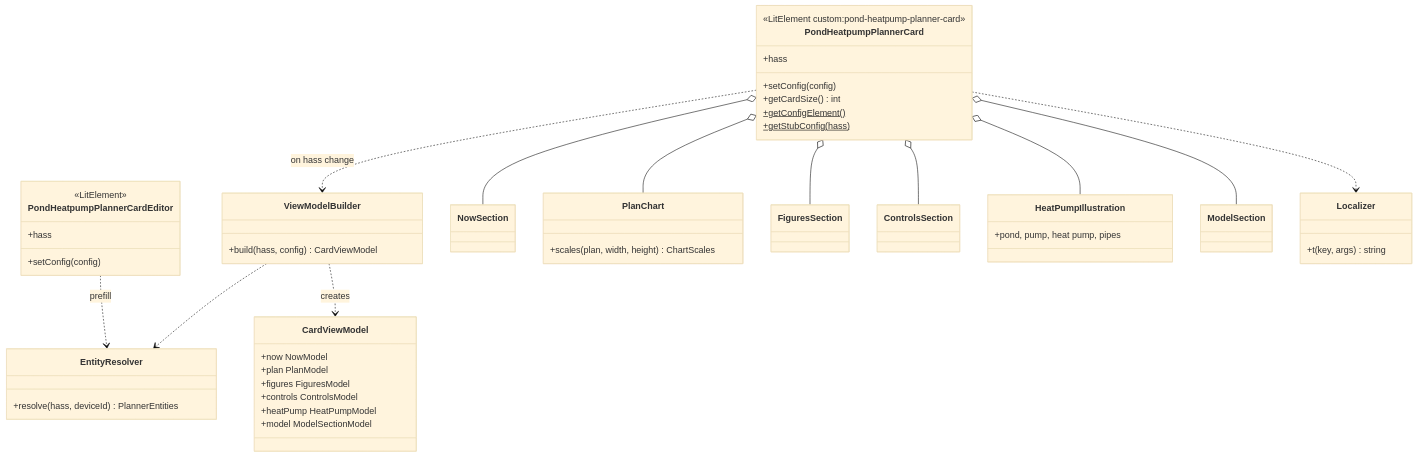
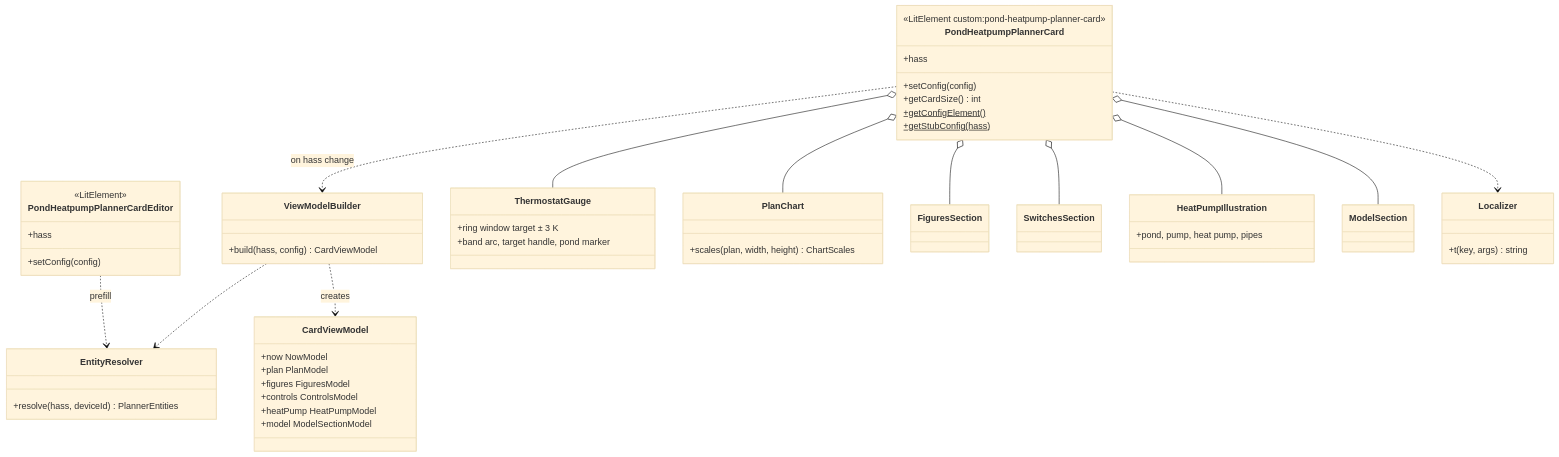
One commit to abroeders/pond-heatpump-price-planner changed the first of 2 diagrams in docs/design/2026-11-17-lovelace-card.md. Above: the diagram before and after it, drawn with Mermaid (base theme). The commit also changed other lines of this file and 1 other file, not shown here.

Commit message:
docs: card order with the illustration on top and a thermostat gauge with the band (#10)

````diff
--- a/docs/design/2026-11-17-lovelace-card.md
+++ b/docs/design/2026-11-17-lovelace-card.md
@@ -198,55 +228,58 @@
 ```mermaid
 classDiagram
     direction TB
     class PondHeatpumpPlannerCard {
         <<LitElement custom:pond-heatpump-planner-card>>
         +setConfig(config)
         +hass
         +getCardSize() int
         +getConfigElement()$
         +getStubConfig(hass)$
     }
     class PondHeatpumpPlannerCardEditor {
         <<LitElement>>
         +setConfig(config)
         +hass
     }
     class ViewModelBuilder {
         +build(hass, config) CardViewModel
     }
     class EntityResolver {
         +resolve(hass, deviceId) PlannerEntities
     }
     class CardViewModel {
         +now NowModel
         +plan PlanModel
         +figures FiguresModel
         +controls ControlsModel
         +heatPump HeatPumpModel
         +model ModelSectionModel
     }
-    class NowSection
+    class ThermostatGauge {
+        +ring window target ± 3 K
+        +band arc, target handle, pond marker
+    }
     class PlanChart {
         +scales(plan, width, height) ChartScales
     }
     class FiguresSection
-    class ControlsSection
+    class SwitchesSection
     class HeatPumpIllustration {
         +pond, pump, heat pump, pipes
     }
     class ModelSection
     class Localizer {
         +t(key, args) string
     }
     PondHeatpumpPlannerCard ..> ViewModelBuilder : on hass change
     ViewModelBuilder ..> EntityResolver
     ViewModelBuilder ..> CardViewModel : creates
-    PondHeatpumpPlannerCard o-- NowSection
+    PondHeatpumpPlannerCard o-- ThermostatGauge
     PondHeatpumpPlannerCard o-- PlanChart
     PondHeatpumpPlannerCard o-- FiguresSection
-    PondHeatpumpPlannerCard o-- ControlsSection
+    PondHeatpumpPlannerCard o-- SwitchesSection
     PondHeatpumpPlannerCard o-- HeatPumpIllustration
     PondHeatpumpPlannerCard o-- ModelSection
     PondHeatpumpPlannerCard ..> Localizer
     PondHeatpumpPlannerCardEditor ..> EntityResolver : prefill
 ```
````
